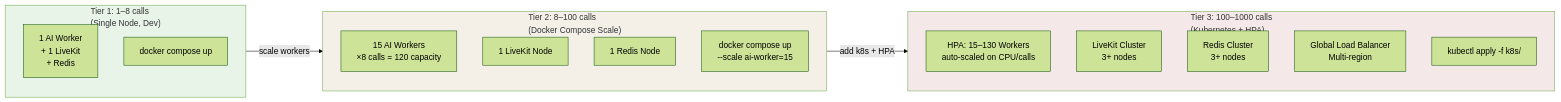
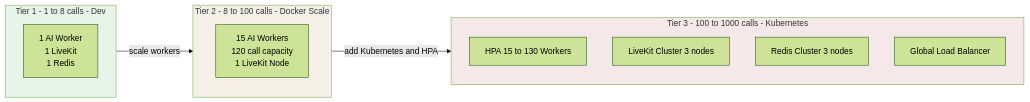
Before and after one commit to Dhanpat07/Cozmo-ai: the third of 3 diagrams in architecture-diagrams.md, drawn with Mermaid (forest theme). The commit also changed other lines of this file, not shown here.

````diff
--- a/architecture-diagrams.md
+++ b/architecture-diagrams.md
@@ -120,29 +118,24 @@
 ```mermaid
 graph LR
-    subgraph TIER1["Tier 1: 1–8 calls\n(Single Node, Dev)"]
-        S1[1 AI Worker\n+ 1 LiveKit\n+ Redis]
-        S1N[docker compose up]
+    subgraph TIER1["Tier 1 - 1 to 8 calls - Dev"]
+        S1[1 AI Worker\n1 LiveKit\n1 Redis]
     end
 
-    subgraph TIER2["Tier 2: 8–100 calls\n(Docker Compose Scale)"]
-        S2A[15 AI Workers\n×8 calls = 120 capacity]
-        S2B[1 LiveKit Node]
-        S2C[1 Redis Node]
-        S2N[docker compose up\n--scale ai-worker=15]
+    subgraph TIER2["Tier 2 - 8 to 100 calls - Docker Scale"]
+        S2[15 AI Workers\n120 call capacity\n1 LiveKit Node]
     end
 
-    subgraph TIER3["Tier 3: 100–1000 calls\n(Kubernetes + HPA)"]
-        S3A[HPA: 15–130 Workers\nauto-scaled on CPU/calls]
-        S3B[LiveKit Cluster\n3+ nodes]
-        S3C[Redis Cluster\n3+ nodes]
-        S3D[Global Load Balancer\nMulti-region]
-        S3N[kubectl apply -f k8s/]
+    subgraph TIER3["Tier 3 - 100 to 1000 calls - Kubernetes"]
+        S3A[HPA 15 to 130 Workers]
+        S3B[LiveKit Cluster 3 nodes]
+        S3C[Redis Cluster 3 nodes]
+        S3D[Global Load Balancer]
     end
 
     TIER1 -->|scale workers| TIER2
-    TIER2 -->|add k8s + HPA| TIER3
+    TIER2 -->|add Kubernetes and HPA| TIER3
 
     style TIER1 fill:#e8f4e8
     style TIER2 fill:#f4f0e8
     style TIER3 fill:#f4e8e8
 ```
````
